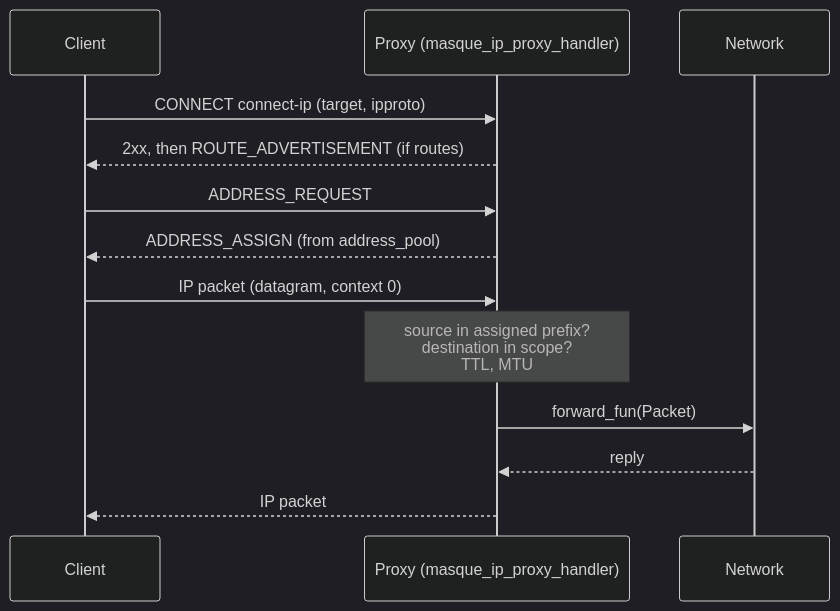
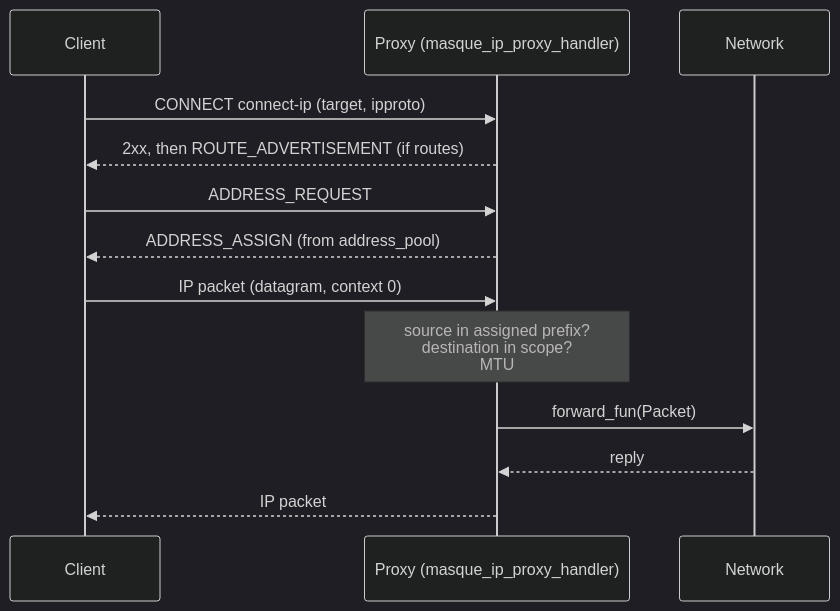
Before and after one commit to benoitc/erlang_masque: the diagram in docs/2-use/connect-ip.md, drawn with Mermaid (dark theme). The commit also changed other lines of this file and 28 other files, not shown here.

````diff
--- a/docs/2-use/connect-ip.md
+++ b/docs/2-use/connect-ip.md
@@ -5,15 +5,15 @@
 ```mermaid
 sequenceDiagram
     participant C as Client
     participant P as Proxy (masque_ip_proxy_handler)
     participant N as Network
     C->>P: CONNECT connect-ip (target, ipproto)
     P-->>C: 2xx, then ROUTE_ADVERTISEMENT (if routes)
     C->>P: ADDRESS_REQUEST
     P-->>C: ADDRESS_ASSIGN (from address_pool)
     C->>P: IP packet (datagram, context 0)
-    Note over P: source in assigned prefix?<br/>destination in scope?<br/>TTL, MTU
+    Note over P: source in assigned prefix?<br/>destination in scope?<br/>MTU
     P->>N: forward_fun(Packet)
     N-->>P: reply
     P-->>C: IP packet
 ```
````
